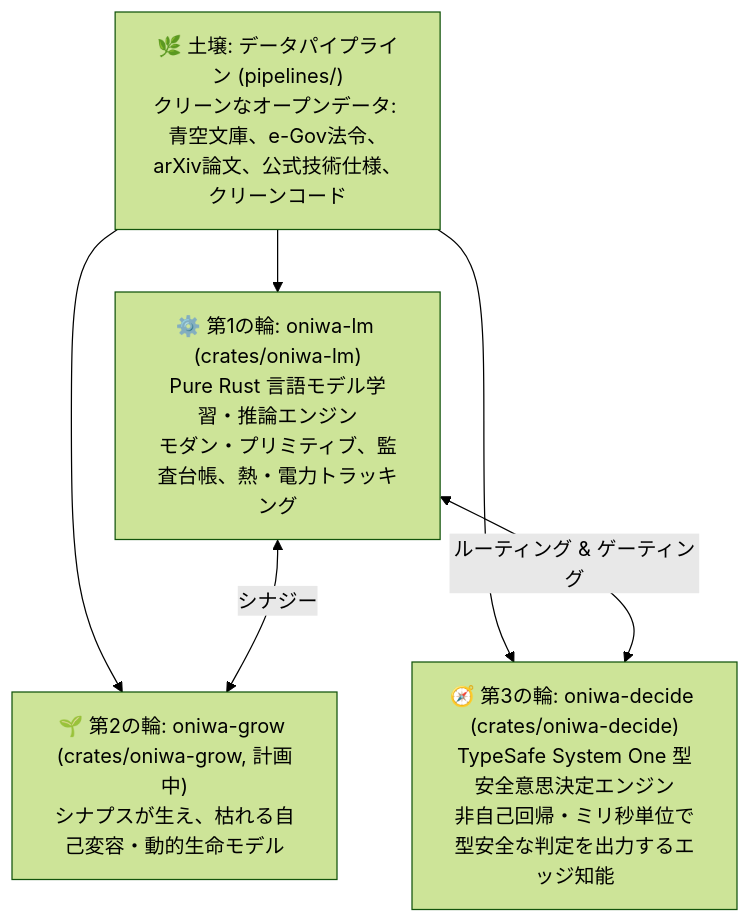
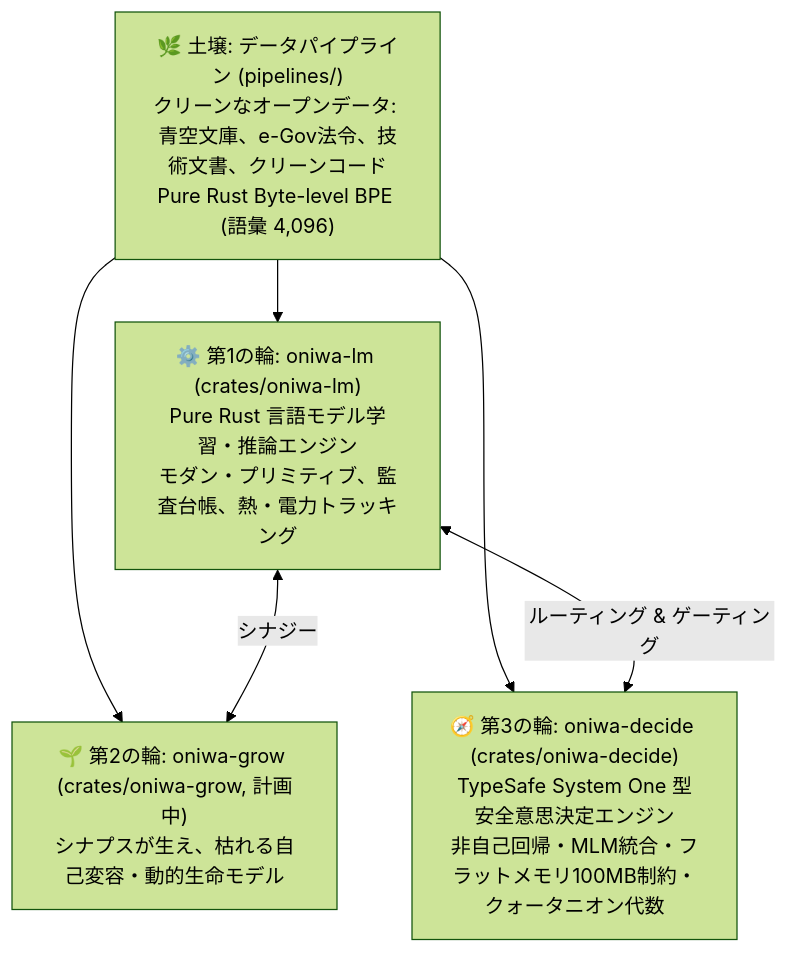
The diagram in README.ja.md (KazutoMakino/oniwa), drawn with Mermaid (forest theme) before and after one commit. The commit also changed other lines of this file and 34 other files, not shown here.

Commit message:
docs: align documentation system with 10_system_integration_roadmap (#87) (#88)

````diff
--- a/README.ja.md
+++ b/README.ja.md
@@ -29,13 +32,13 @@
 ```mermaid
 flowchart TD
-    Soil["🌿 土壌: データパイプライン (pipelines/)\nクリーンなオープンデータ: 青空文庫、e-Gov法令、arXiv論文、公式技術仕様、クリーンコード"]
+    Soil["🌿 土壌: データパイプライン (pipelines/)\nクリーンなオープンデータ: 青空文庫、e-Gov法令、技術文書、クリーンコード\nPure Rust Byte-level BPE (語彙 4,096)"]
     Wheel1["⚙️ 第1の輪: oniwa-lm (crates/oniwa-lm)\nPure Rust 言語モデル学習・推論エンジン\nモダン・プリミティブ、監査台帳、熱・電力トラッキング"]
     Wheel2["🌱 第2の輪: oniwa-grow (crates/oniwa-grow, 計画中)\nシナプスが生え、枯れる自己変容・動的生命モデル"]
-    Wheel3["🧭 第3の輪: oniwa-decide (crates/oniwa-decide)\nTypeSafe System One 型安全意思決定エンジン\n非自己回帰・ミリ秒単位で型安全な判定を出力するエッジ知能"]
+    Wheel3["🧭 第3の輪: oniwa-decide (crates/oniwa-decide)\nTypeSafe System One 型安全意思決定エンジン\n非自己回帰・MLM統合・フラットメモリ100MB制約・クォータニオン代数"]
 
     Soil --> Wheel1
     Soil --> Wheel2
     Soil --> Wheel3
     Wheel1 <-->|シナジー| Wheel2
     Wheel1 <-->|ルーティング & ゲーティング| Wheel3
 ```
````
